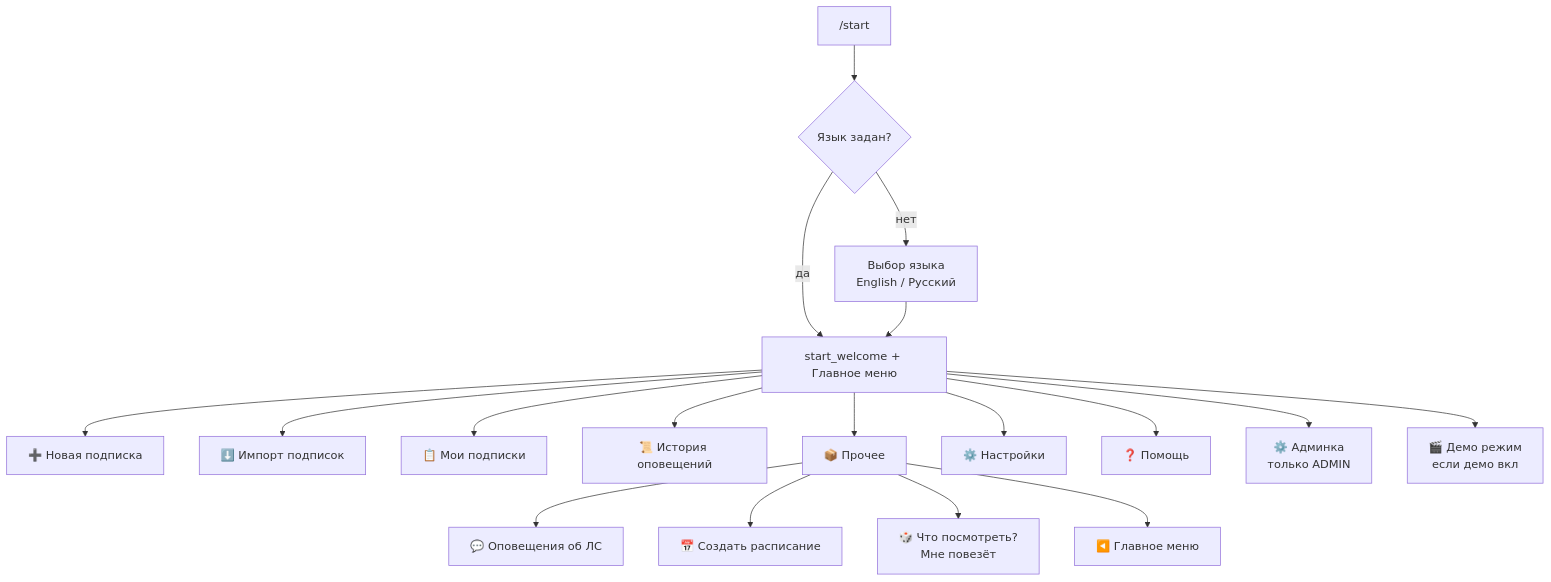
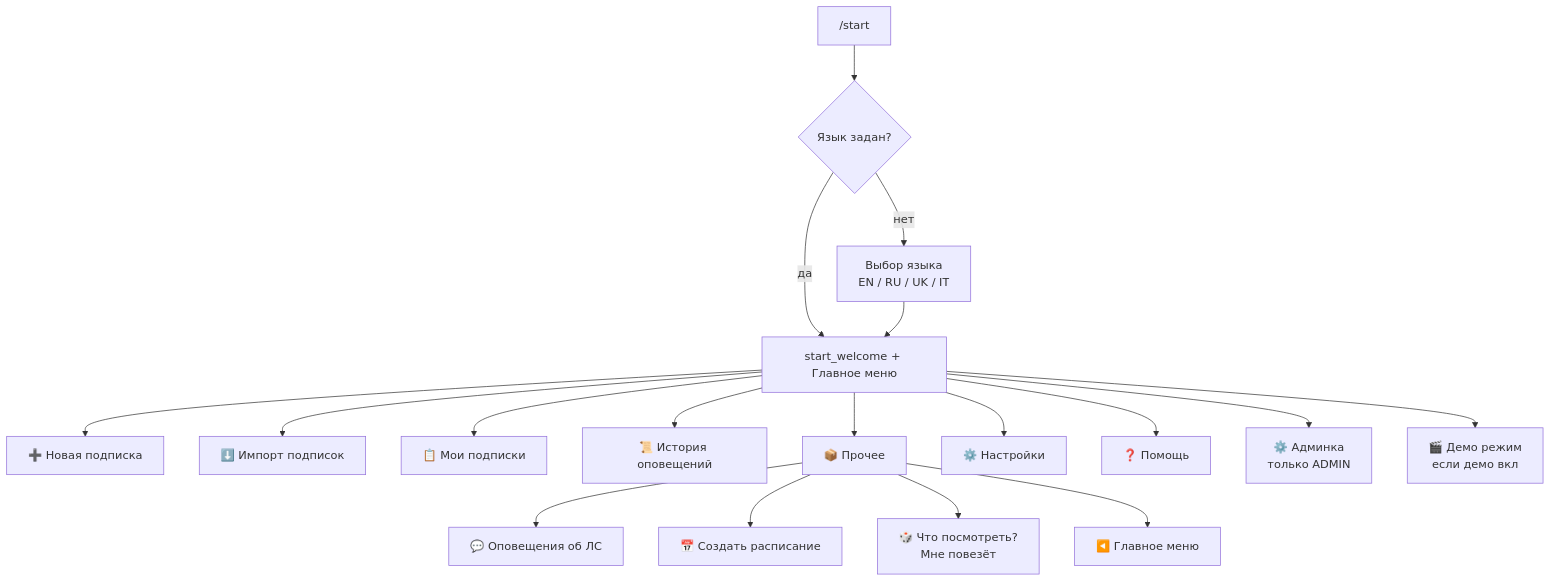
Before and after one commit to Marfa/twitch-telegram-bot: the first of 3 diagrams in docs/user-flow-map.ru.md, drawn with Mermaid. The commit also changed other lines of this file and 28 other files, not shown here.

````diff
--- a/docs/user-flow-map.ru.md
+++ b/docs/user-flow-map.ru.md
@@ -21,21 +21,21 @@
 ```mermaid
 flowchart TD
   S["/start"] --> L{Язык задан?}
-  L -->|нет| LANG["Выбор языка<br/>English / Русский"]
+  L -->|нет| LANG["Выбор языка<br/>EN / RU / UK / IT"]
   L -->|да| W["start_welcome + Главное меню"]
   LANG --> W
 
   W --> NEW["➕ Новая подписка"]
   W --> IMP["⬇️ Импорт подписок"]
   W --> SUB["📋 Мои подписки"]
   W --> HIS["📜 История оповещений"]
   W --> OTH["📦 Прочее"]
   W --> SET["⚙️ Настройки"]
   W --> FB["❓ Помощь"]
   W --> ADM["⚙️ Админка<br/>только ADMIN"]
   W --> DEM["🎬 Демо режим<br/>если демо вкл"]
   OTH --> WH["💬 Оповещения об ЛС"]
   OTH --> SCH["📅 Создать расписание"]
   OTH --> WAT["🎲 Что посмотреть?<br/>Мне повезёт"]
   OTH --> BACK["◀️ Главное меню"]
 ```
````
